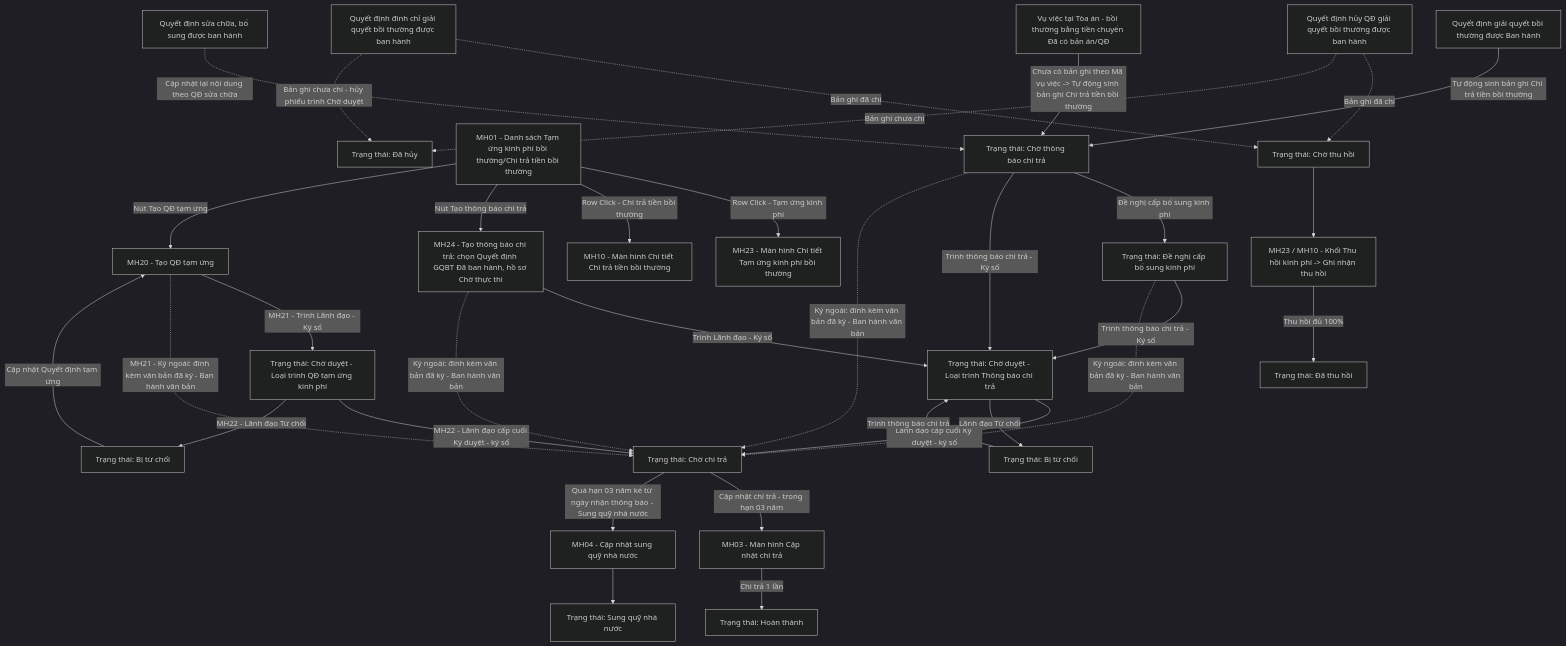
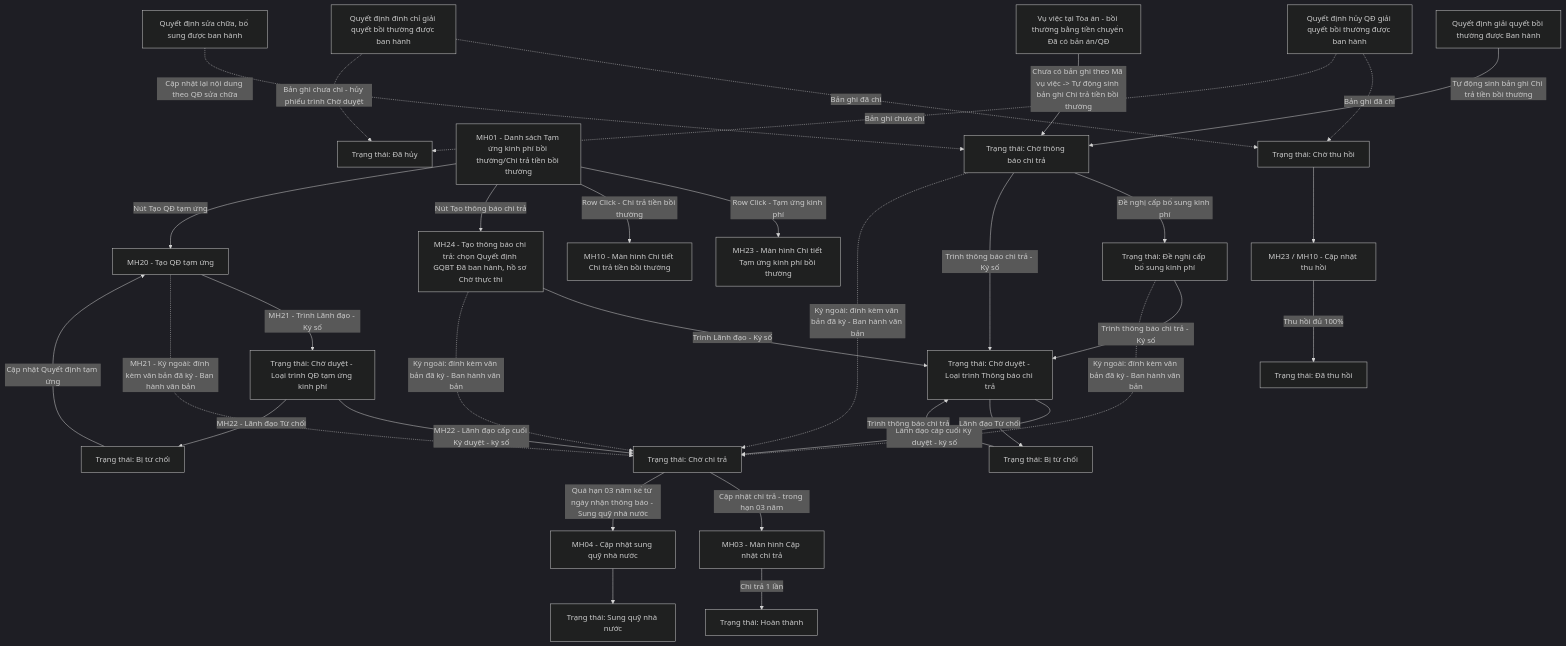
Before and after one commit to huyendt2007/BPBD_UI: the first of 2 diagrams in Tai_lieu_SRS/03_Website_Quan_tri/03_Cong_tac_boi_thuong/SRS_BTNN_GiaiQuyetBT_KinhPhi_BT.md, drawn with Mermaid (dark theme). The commit also changed other lines of this file and 30 other files, not shown here.

````diff
--- a/Tai_lieu_SRS/03_Website_Quan_tri/03_Cong_tac_boi_thuong/SRS_BTNN_GiaiQuyetBT_KinhPhi_BT.md
+++ b/Tai_lieu_SRS/03_Website_Quan_tri/03_Cong_tac_boi_thuong/SRS_BTNN_GiaiQuyetBT_KinhPhi_BT.md
@@ -88,35 +88,35 @@
 ```mermaid
 flowchart TD
     A03[Quyết định giải quyết bồi thường được Ban hành] -->|Tự động sinh bản ghi Chi trả tiền bồi thường| T1[Trạng thái: Chờ thông báo chi trả]
     A04[Vụ việc tại Tòa án - bồi thường bằng tiền chuyển Đã có bản án/QĐ] -->|Chưa có bản ghi theo Mã vụ việc -> Tự động sinh bản ghi Chi trả tiền bồi thường| T1
     A05[MH24 - Tạo thông báo chi trả: chọn Quyết định GQBT Đã ban hành, hồ sơ Chờ thực thi] -->|Trình Lãnh đạo - Ký số| T3
     A05 -.->|Ký ngoài: đính kèm văn bản đã ký - Ban hành văn bản| T4
     T1 -->|Đề nghị cấp bổ sung kinh phí| T2[Trạng thái: Đề nghị cấp bổ sung kinh phí]
     T1 -->|Trình thông báo chi trả - Ký số| T3[Trạng thái: Chờ duyệt - Loại trình Thông báo chi trả]
     T2 -->|Trình thông báo chi trả - Ký số| T3
     T1 -.->|Ký ngoài: đính kèm văn bản đã ký - Ban hành văn bản| T4
     T2 -.->|Ký ngoài: đính kèm văn bản đã ký - Ban hành văn bản| T4
     T3 -->|Lãnh đạo cấp cuối Ký duyệt - ký số| T4[Trạng thái: Chờ chi trả]
     T3 -->|Lãnh đạo Từ chối| T5[Trạng thái: Bị từ chối]
     T5 -->|Trình thông báo chi trả| T3
     B0[MH20 - Tạo QĐ tạm ứng] -->|MH21 - Trình Lãnh đạo - Ký số| Q3[Trạng thái: Chờ duyệt - Loại trình QĐ tạm ứng kinh phí]
     B0 -.->|MH21 - Ký ngoài: đính kèm văn bản đã ký - Ban hành văn bản| T4
     Q3 -->|MH22 - Lãnh đạo cấp cuối Ký duyệt - ký số| T4
     Q3 -->|MH22 - Lãnh đạo Từ chối| Q5[Trạng thái: Bị từ chối]
     Q5 -->|Cập nhật Quyết định tạm ứng| B0
     T4 -->|Cập nhật chi trả - trong hạn 03 năm| L[MH03 - Màn hình Cập nhật chi trả]
     L -->|Chi trả 1 lần| T6[Trạng thái: Hoàn thành]
     T4 -->|Quá hạn 03 năm kể từ ngày nhận thông báo - Sung quỹ nhà nước| S[MH04 - Cập nhật sung quỹ nhà nước]
     S --> T7[Trạng thái: Sung quỹ nhà nước]
     A[MH01 - Danh sách Tạm ứng kinh phí bồi thường/Chi trả tiền bồi thường] -->|Row Click - Tạm ứng kinh phí| V[MH23 - Màn hình Chi tiết Tạm ứng kinh phí bồi thường]
     A -->|Row Click - Chi trả tiền bồi thường| V2[MH10 - Màn hình Chi tiết Chi trả tiền bồi thường]
     A -->|Nút Tạo thông báo chi trả| A05
     A -->|Nút Tạo QĐ tạm ứng| B0
     X0[Quyết định hủy QĐ giải quyết bồi thường được ban hành] -.->|Bản ghi đã chi| X1[Trạng thái: Chờ thu hồi]
     X0 -.->|Bản ghi chưa chi| X2[Trạng thái: Đã hủy]
     Z0[Quyết định đình chỉ giải quyết bồi thường được ban hành] -.->|Bản ghi đã chi| X1
     Z0 -.->|Bản ghi chưa chi - hủy phiếu trình Chờ duyệt| X2
-    X1 --> X3[MH23 / MH10 - Khối Thu hồi kinh phí -> Ghi nhận thu hồi]
+    X1 --> X3[MH23 / MH10 - Cập nhật thu hồi]
     X3 -->|Thu hồi đủ 100%| X4[Trạng thái: Đã thu hồi]
     Y0[Quyết định sửa chữa, bổ sung được ban hành] -.->|Cập nhật lại nội dung theo QĐ sửa chữa| T1
 ```
````
